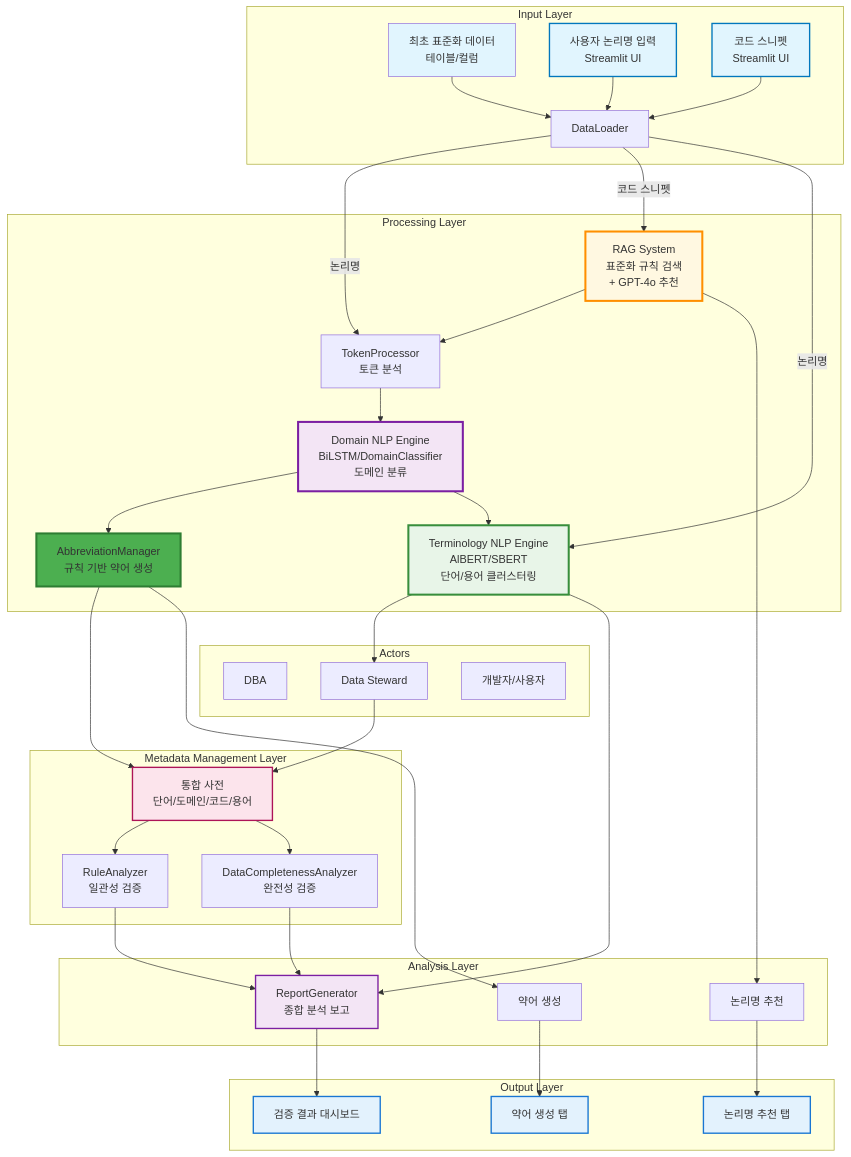
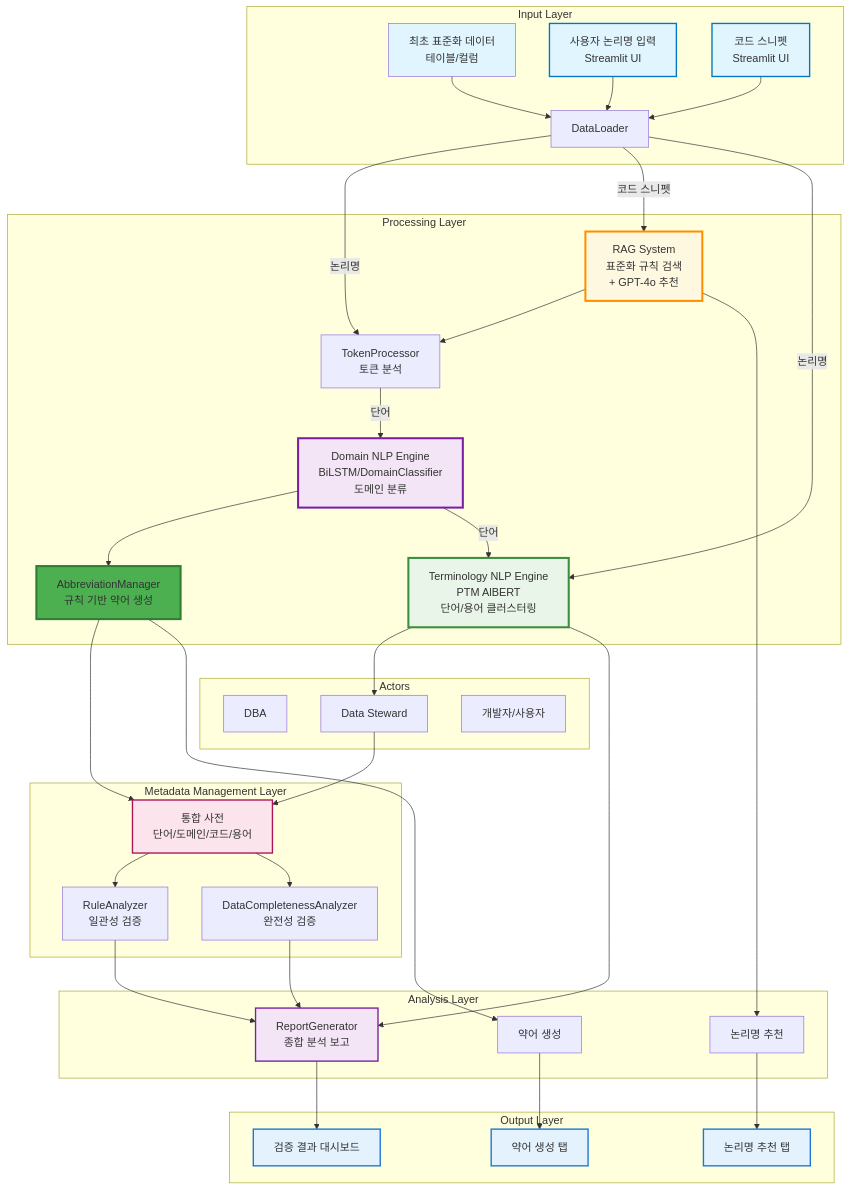
One commit to kmink3225/website changed the first of 31 diagrams in docs/portfolio/flowchart.qmd. Above: the diagram before and after it, drawn with Mermaid. The commit also changed 1 other file, not shown here.

Commit message:
flow chart

````diff
--- a/docs/portfolio/flowchart.qmd
+++ b/docs/portfolio/flowchart.qmd
@@ -3,67 +3,68 @@
 ```{mermaid}
 graph TB
     subgraph "Input Layer"
         A[최초 표준화 데이터<br/>테이블/컬럼] --> B[DataLoader]
         A1[사용자 논리명 입력<br/>Streamlit UI] --> B
         A2[코드 스니펫<br/>Streamlit UI] --> B
     end
     
     subgraph "Processing Layer"
         B -->|논리명| C[TokenProcessor<br/>토큰 분석]
-        C --> D[Domain NLP Engine<br/>BiLSTM/DomainClassifier<br/>도메인 분류]
+        C --> |단어|D[Domain NLP Engine<br/>BiLSTM/DomainClassifier<br/>도메인 분류]
         D --> E[AbbreviationManager<br/>규칙 기반 약어 생성]
         
         RAG[RAG System<br/>표준화 규칙 검색<br/>+ GPT-4o 추천]
-        NLP[Terminology NLP Engine<br/>AlBERT/SBERT<br/> 단어/용어 클러스터링]
+        NLP[Terminology NLP Engine<br/>PTM AlBERT<br/> 단어/용어 클러스터링]
         
         RAG --> C
-        D --> NLP
+        D -->|단어| NLP
     end
 
     B --> |코드 스니펫| RAG
     B --> |논리명| NLP
+
     subgraph "Actors"
         DBA[DBA]
         DS[Data Steward]
         SD[개발자/사용자]
     end
 
     NLP --> DS
     DS --> MD
 
     subgraph "Metadata Management Layer"
         MD[통합 사전<br/>단어/도메인/코드/용어]
         E --> MD
         MD --> F[RuleAnalyzer<br/>일관성 검증]
         MD --> H[DataCompletenessAnalyzer<br/>완전성 검증]
     end
     
     subgraph "Analysis Layer"
         F --> G[ReportGenerator<br/>종합 분석 보고]
         H --> G
         NLP --> G
         RAG --> REC[논리명 추천]
         E --> ABR[약어 생성]
     end
     
     subgraph "Output Layer"
         G --> UI1[검증 결과 대시보드]
         REC --> UI2[논리명 추천 탭]
         ABR --> UI3[약어 생성 탭]
     end
     
     %% 스타일링
     style A fill:#e1f5fe
     style A1 fill:#e1f5fe,stroke:#0277bd,stroke-width:2px
     style A2 fill:#e1f5fe,stroke:#0277bd,stroke-width:2px
     style RAG fill:#fff8e1,stroke:#ff8f00,stroke-width:3px
     style NLP fill:#e8f5e8,stroke:#388e3c,stroke-width:3px
     style D fill:#f3e5f5,stroke:#7b1fa2,stroke-width:3px
     style E fill:#4caf50,stroke:#2e7d32,stroke-width:3px
     style MD fill:#fce4ec,stroke:#ad1457,stroke-width:2px
     style G fill:#f3e5f5,stroke:#7b1fa2,stroke-width:2px
     style UI1 fill:#e3f2fd,stroke:#1976d2,stroke-width:2px
     style UI2 fill:#e3f2fd,stroke:#1976d2,stroke-width:2px
     style UI3 fill:#e3f2fd,stroke:#1976d2,stroke-width:2px
 
 ```
````
